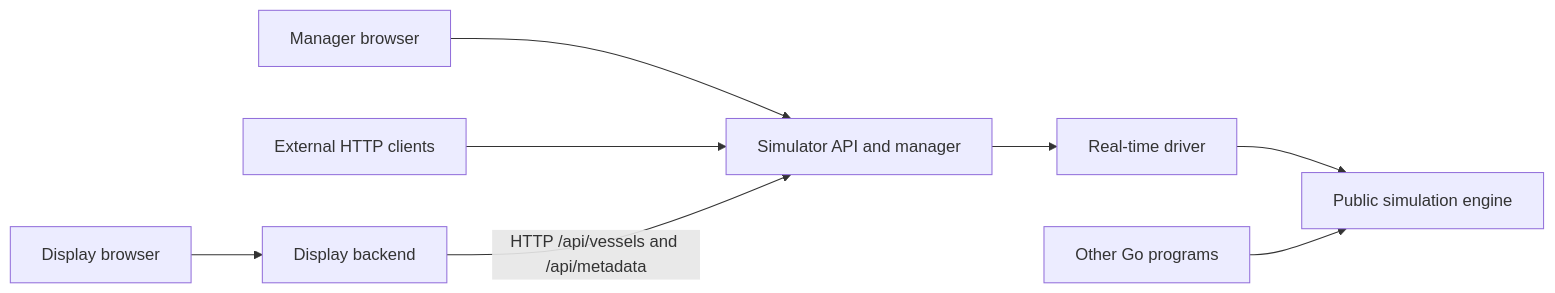
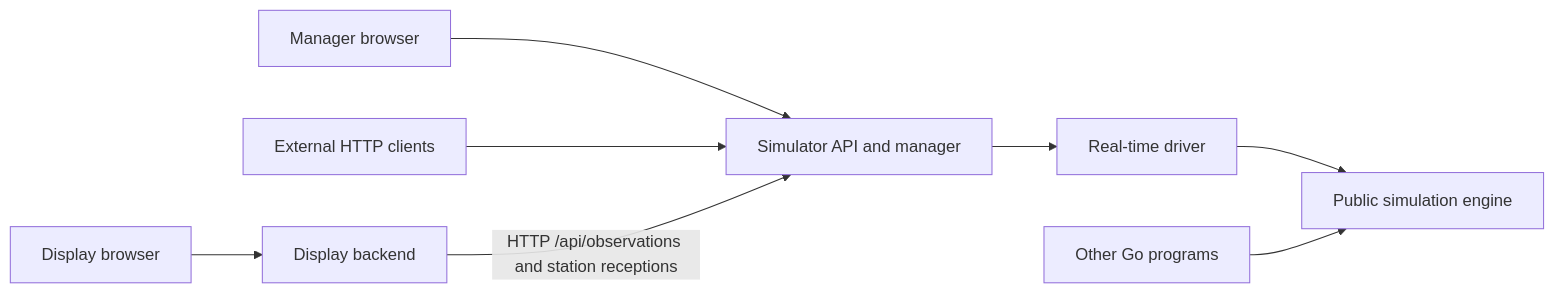
One commit to miroslav-matejovsky/ais-test-bench changed the diagram in README.md. Above: the diagram before and after it, drawn with Mermaid. The commit also changed other lines of this file and 100 other files, not shown here.

````diff
--- a/README.md
+++ b/README.md
@@ -65,10 +73,10 @@
 ```mermaid
 flowchart LR
     Manager[Manager browser] --> Simulator[Simulator API and manager]
     External[External HTTP clients] --> Simulator
     Simulator --> Driver[Real-time driver]
     Driver --> Engine[Public simulation engine]
     GoPrograms[Other Go programs] --> Engine
     DisplayBrowser[Display browser] --> Display[Display backend]
-    Display -- HTTP /api/vessels and /api/metadata --> Simulator
+    Display -- HTTP /api/observations and station receptions --> Simulator
 ```
````
